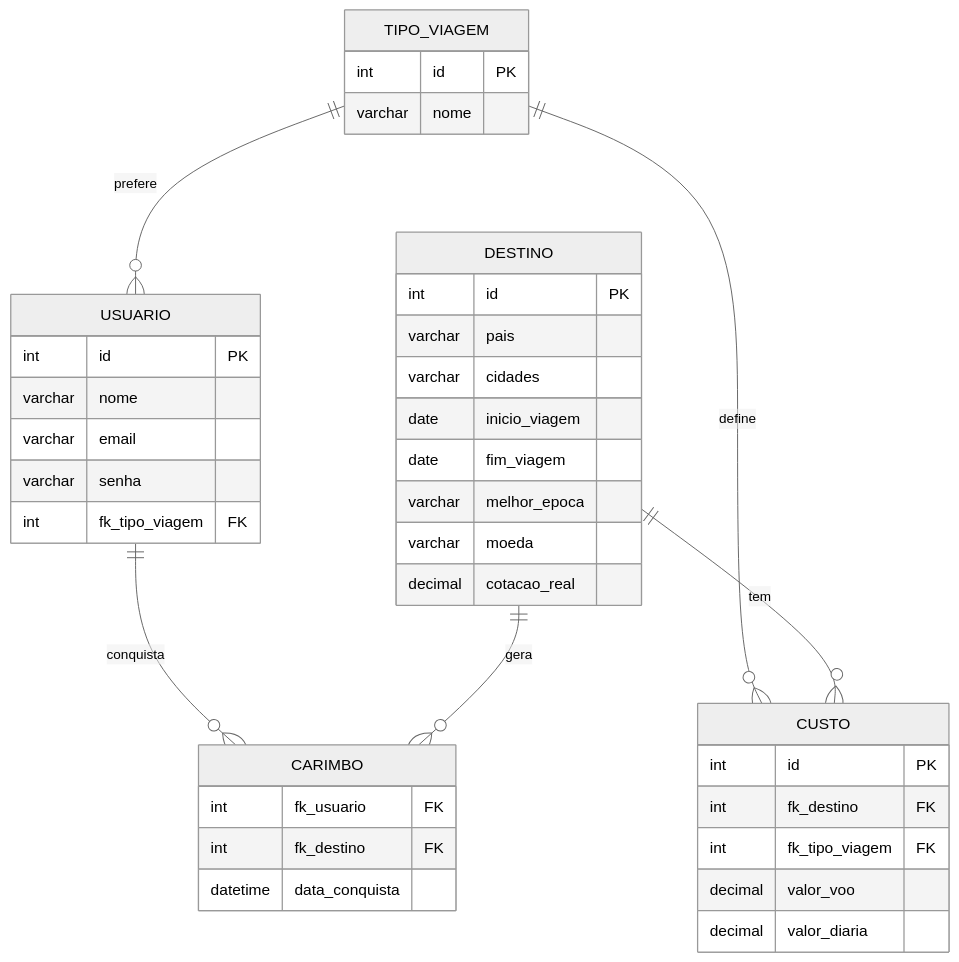
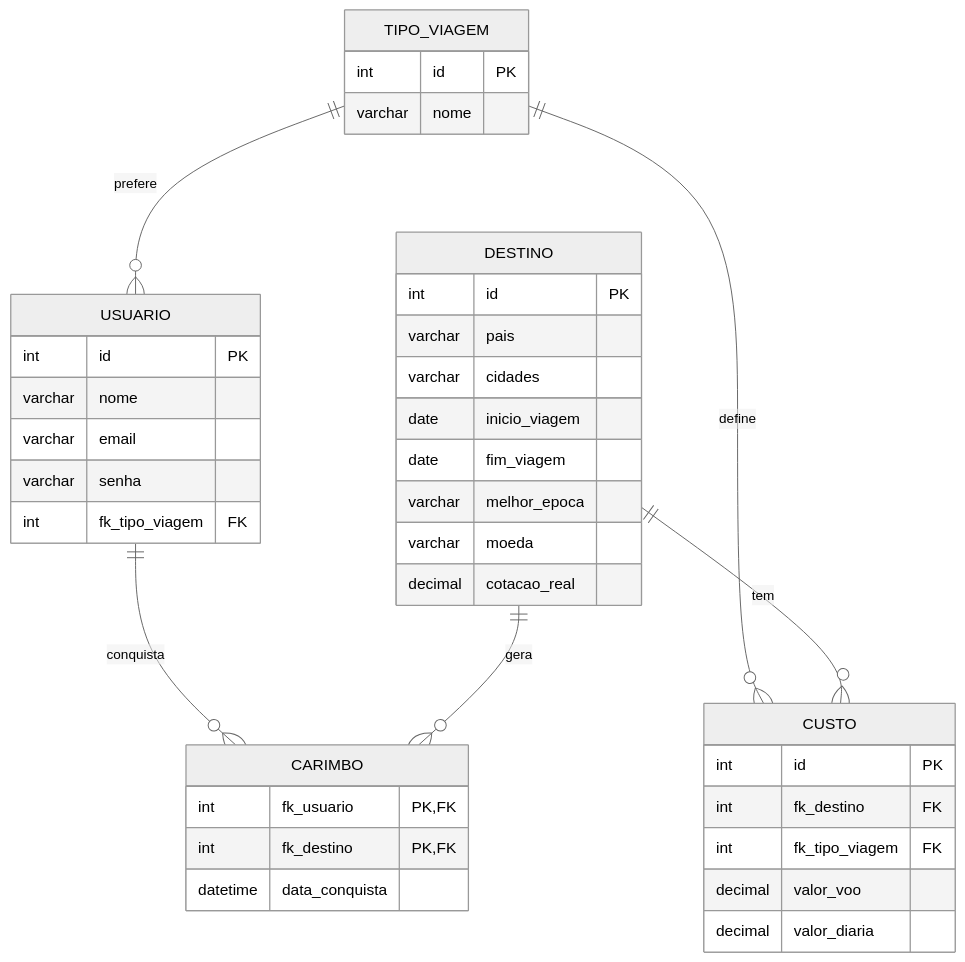
Before and after one commit to FerKaGe/Passport: the third of 3 diagrams in README.md, drawn with Mermaid (neutral theme).

Commit message:
Update CARIMBO fields to include primary keys

````diff
--- a/README.md
+++ b/README.md
@@ -120,42 +120,42 @@
 ```mermaid
 erDiagram
     TIPO_VIAGEM ||--o{ USUARIO : prefere
     TIPO_VIAGEM ||--o{ CUSTO : define
     DESTINO ||--o{ CUSTO : tem
     USUARIO ||--o{ CARIMBO : conquista
     DESTINO ||--o{ CARIMBO : gera
 
     USUARIO {
         int id PK
         varchar nome
         varchar email
         varchar senha
         int fk_tipo_viagem FK
     }
     TIPO_VIAGEM {
         int id PK
         varchar nome
     }
     DESTINO {
         int id PK
         varchar pais
         varchar cidades
         date inicio_viagem
         date fim_viagem
         varchar melhor_epoca
         varchar moeda
         decimal cotacao_real
     }
     CUSTO {
         int id PK
         int fk_destino FK
         int fk_tipo_viagem FK
         decimal valor_voo
         decimal valor_diaria
     }
     CARIMBO {
-        int fk_usuario FK
-        int fk_destino FK
+        int fk_usuario PK, FK
+        int fk_destino PK, FK
         datetime data_conquista
     }
 ```
````
